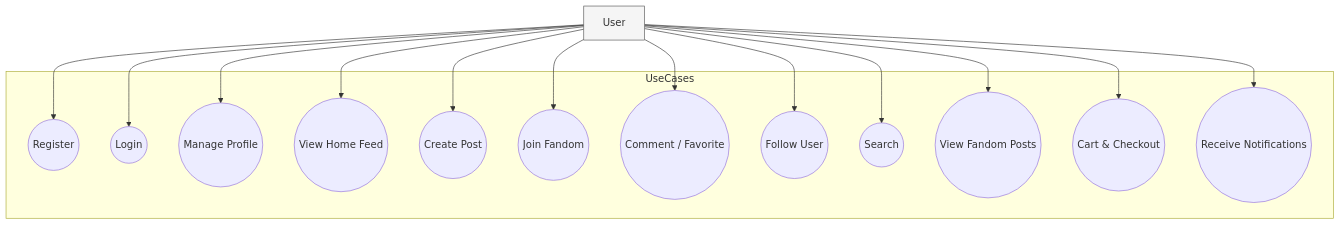
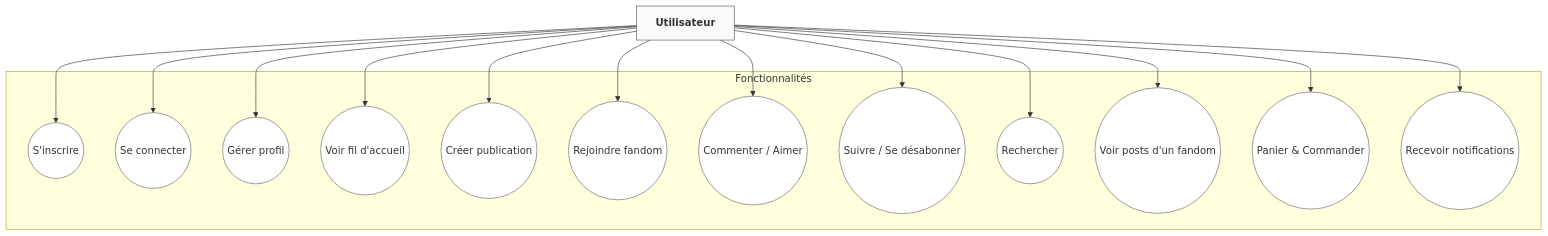
One commit to NeuralMobi-ltd/FanRadarUser changed the diagram in diagrams/usecase_fanradars.mermaid. Above: the diagram before and after it, drawn with Mermaid. The commit also changed 21 other files, not shown here.

```diff
--- a/diagrams/usecase_fanradars.mermaid
+++ b/diagrams/usecase_fanradars.mermaid
@@ -1,29 +1,31 @@
+%% Diagramme de cas d'utilisation (langage simplifié - français)
 graph TB
-  A[User]:::actor
-  subgraph UseCases
-    UC1((Register))
-    UC2((Login))
-    UC3((Manage Profile))
-    UC4((View Home Feed))
-    UC5((Create Post))
-    UC6((Join Fandom))
-    UC7((Comment / Favorite))
-    UC8((Follow User))
-    UC9((Search))
-    UC10((View Fandom Posts))
-    UC11((Cart & Checkout))
-    UC12((Receive Notifications))
+  A[Utilisateur]:::actor
+  subgraph Fonctionnalités
+    UC1((S'inscrire))
+    UC2((Se connecter))
+    UC3((Gérer profil))
+    UC4((Voir fil d'accueil))
+    UC5((Créer publication))
+    UC6((Rejoindre fandom))
+    UC7((Commenter / Aimer))
+    UC8((Suivre / Se désabonner))
+    UC9((Rechercher))
+    UC10((Voir posts d'un fandom))
+    UC11((Panier & Commander))
+    UC12((Recevoir notifications))
   end
   A --> UC1
   A --> UC2
   A --> UC3
   A --> UC4
   A --> UC5
   A --> UC6
   A --> UC7
   A --> UC8
   A --> UC9
   A --> UC10
   A --> UC11
   A --> UC12
-  classDef actor fill:#f5f5f5,stroke:#555,stroke-width:1px;
+  classDef actor fill:#fafafa,stroke:#555,stroke-width:1px,font-weight:bold;
+  classDef default stroke:#666,fill:#ffffff;
```
